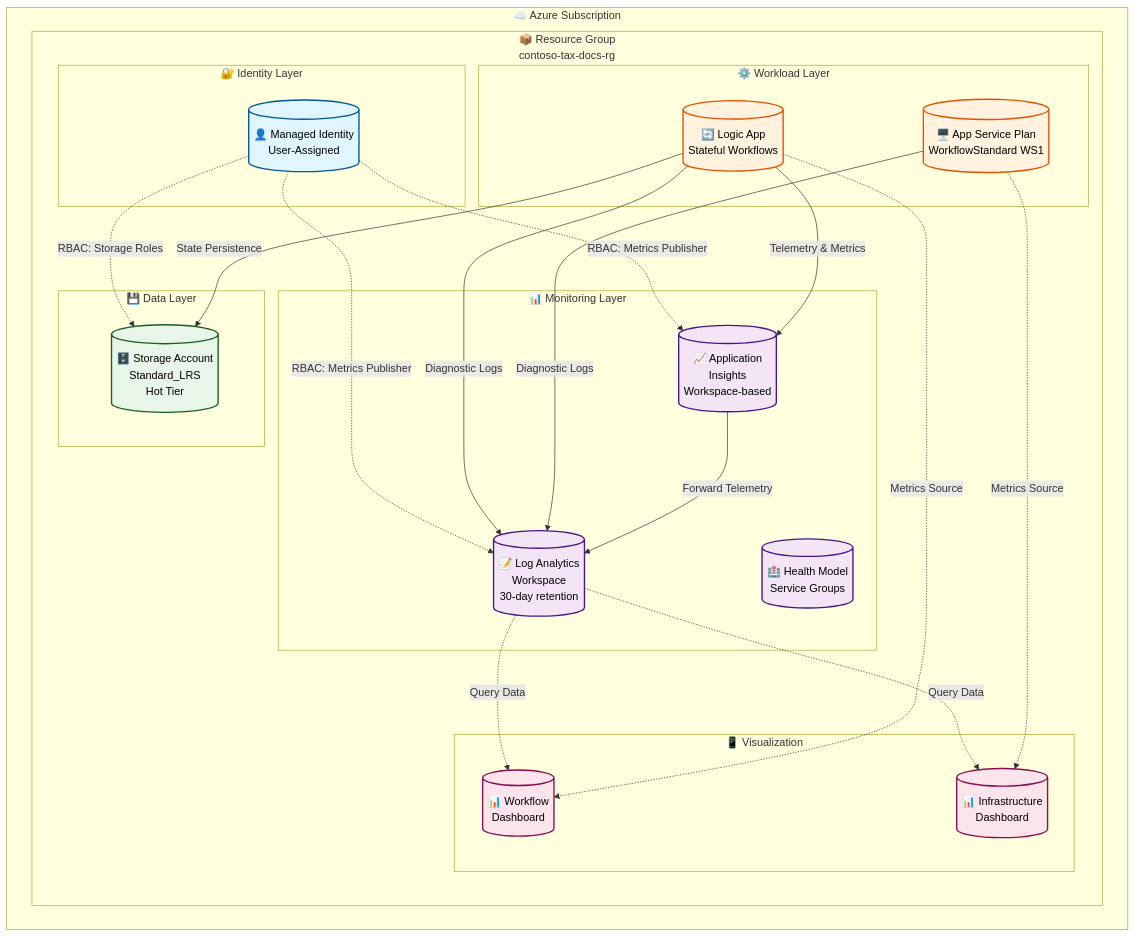
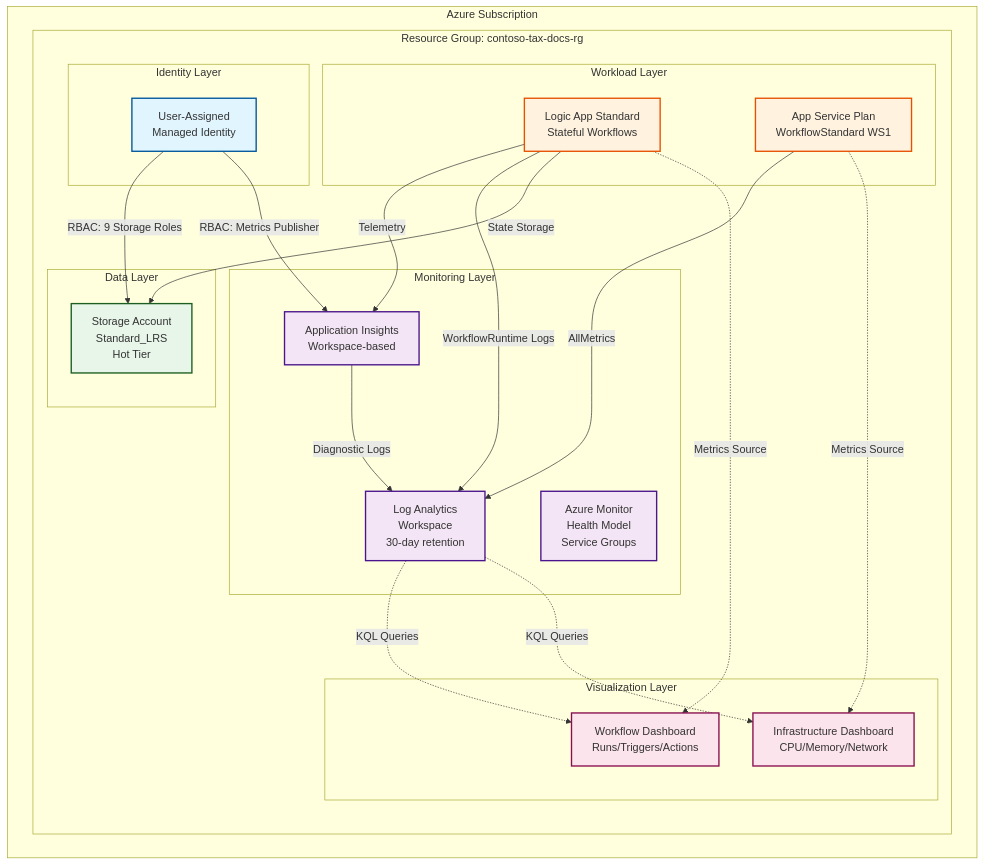
One commit to Evilazaro/Azure-LogicApps-Monitoring changed the first of 2 diagrams in README.md. Above: the diagram before and after it, drawn with Mermaid. The commit also changed other lines of this file, not shown here.

````diff
--- a/README.md
+++ b/README.md
@@ -83,65 +55,54 @@
 ```mermaid
-graph TB
-    subgraph Azure["☁️ Azure Subscription"]
-        subgraph RG["📦 Resource Group<br/>contoso-tax-docs-rg"]
-            
-            subgraph Identity["🔐 Identity Layer"]
-                MI[("👤 Managed Identity<br/>User-Assigned")]
+flowchart TB
+    subgraph Azure["Azure Subscription"]
+        subgraph RG["Resource Group: contoso-tax-docs-rg"]
+            subgraph Identity["Identity Layer"]
+                MI[User-Assigned<br/>Managed Identity]
             end
             
-            subgraph Monitor["📊 Monitoring Layer"]
-                LAW[("📝 Log Analytics<br/>Workspace<br/>30-day retention")]
-                AI[("📈 Application<br/>Insights<br/>Workspace-based")]
-                HM[("🏥 Health Model<br/>Service Groups")]
+            subgraph Monitor["Monitoring Layer"]
+                HM[Azure Monitor<br/>Health Model<br/>Service Groups]
+                LAW[Log Analytics<br/>Workspace<br/>30-day retention]
+                AI[Application Insights<br/>Workspace-based]
             end
             
-            subgraph Data["💾 Data Layer"]
-                SA[("🗄️ Storage Account<br/>Standard_LRS<br/>Hot Tier")]
+            subgraph Data["Data Layer"]
+                SA[Storage Account<br/>Standard_LRS<br/>Hot Tier]
             end
             
-            subgraph Workload["⚙️ Workload Layer"]
-                ASP[("🖥️ App Service Plan<br/>WorkflowStandard WS1")]
-                LA[("🔄 Logic App<br/>Stateful Workflows")]
+            subgraph Workload["Workload Layer"]
+                ASP[App Service Plan<br/>WorkflowStandard WS1]
+                LA[Logic App Standard<br/>Stateful Workflows]
             end
             
-            subgraph Visual["📱 Visualization"]
-                D1[("📊 Workflow<br/>Dashboard")]
-                D2[("📊 Infrastructure<br/>Dashboard")]
+            subgraph Viz["Visualization Layer"]
+                D1[Workflow Dashboard<br/>Runs/Triggers/Actions]
+                D2[Infrastructure Dashboard<br/>CPU/Memory/Network]
             end
-            
         end
     end
     
-    %% Identity Connections
-    MI -.->|RBAC: Storage Roles| SA
-    MI -.->|RBAC: Metrics Publisher| AI
-    MI -.->|RBAC: Metrics Publisher| LAW
-    
-    %% Workload to Monitoring
-    LA -->|Telemetry & Metrics| AI
-    LA -->|Diagnostic Logs| LAW
-    LA -->|State Persistence| SA
-    ASP -->|Diagnostic Logs| LAW
-    
-    %% Monitoring Integration
-    AI -->|Forward Telemetry| LAW
-    
-    %% Visualization
-    LAW -.->|Query Data| D1
-    LAW -.->|Query Data| D2
+    MI -->|RBAC: 9 Storage Roles| SA
+    MI -->|RBAC: Metrics Publisher| AI
+    LA -->|Telemetry| AI
+    LA -->|WorkflowRuntime Logs| LAW
+    LA -->|State Storage| SA
+    ASP -->|AllMetrics| LAW
+    AI -->|Diagnostic Logs| LAW
+    LAW -.->|KQL Queries| D1
+    LAW -.->|KQL Queries| D2
     LA -.->|Metrics Source| D1
     ASP -.->|Metrics Source| D2
     
-    %% Styling
-    classDef identityStyle fill:#e1f5fe,stroke:#01579b,stroke-width:2px,color:#000
-    classDef monitorStyle fill:#f3e5f5,stroke:#4a148c,stroke-width:2px,color:#000
-    classDef dataStyle fill:#e8f5e9,stroke:#1b5e20,stroke-width:2px,color:#000
-    classDef workloadStyle fill:#fff3e0,stroke:#e65100,stroke-width:2px,color:#000
-    classDef visualStyle fill:#fce4ec,stroke:#880e4f,stroke-width:2px,color:#000
+    classDef identityClass fill:#e1f5fe,stroke:#01579b,stroke-width:2px
+    classDef monitorClass fill:#f3e5f5,stroke:#4a148c,stroke-width:2px
+    classDef dataClass fill:#e8f5e9,stroke:#1b5e20,stroke-width:2px
+    classDef workloadClass fill:#fff3e0,stroke:#e65100,stroke-width:2px
+    classDef vizClass fill:#fce4ec,stroke:#880e4f,stroke-width:2px
     
-    class MI identityStyle
-    class LAW,AI,HM monitorStyle
-    class SA dataStyle
-    class ASP,LA workloadStyle
-    class D1,D2 visualStyle
+    class MI identityClass
+    class HM,LAW,AI monitorClass
+    class SA dataClass
+    class ASP,LA workloadClass
+    class D1,D2 vizClass
 ```
````
